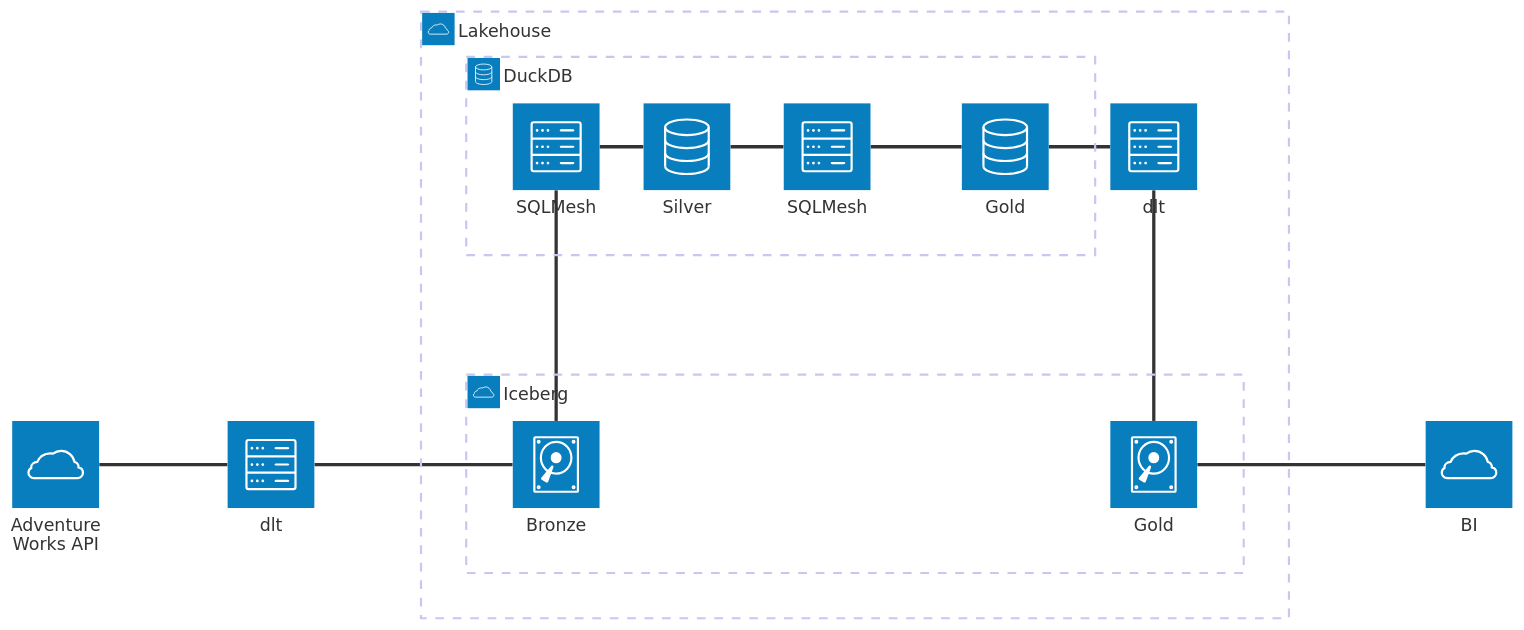
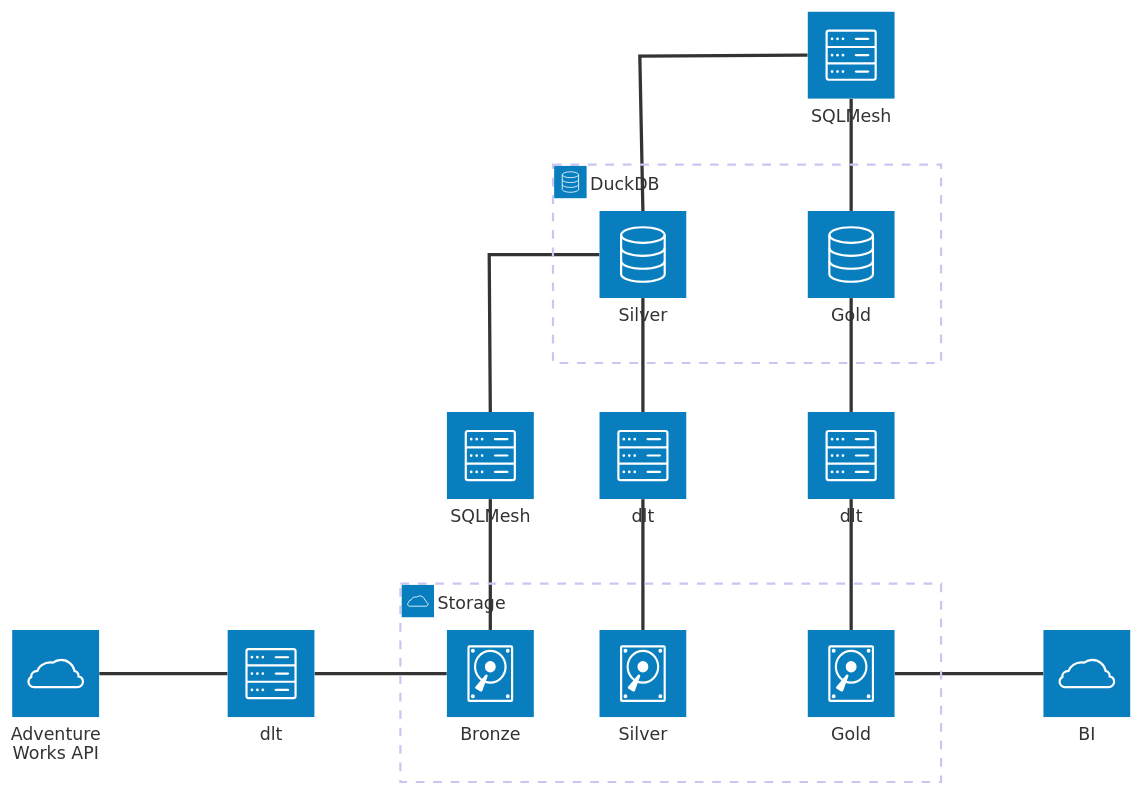
The diagram in README.md (mattiasthalen/serverless-lakehouse), drawn with Mermaid before and after one commit.

Commit message:
Redesign architecture graph

````diff
--- a/README.md
+++ b/README.md
@@ -4,30 +4,31 @@
 ```mermaid
 architecture-beta
     service api(cloud)[Adventure Works API]
     service extract(server)[dlt]
+    service load(server)[SQLMesh]
+    service transform(server)[SQLMesh]
+    service export_silver(server)[dlt]
+    service export_gold(server)[dlt]
+    service consumption(cloud)[BI]
 
-    group lakehouse(cloud)[Lakehouse]
-        group engine(database)[DuckDB] in lakehouse
-            service staging(server)[SQLMesh] in engine
-            service silver(database)[Silver] in engine
-            service transform(server)[SQLMesh] in engine
-            service gold(database)[Gold] in engine
+    group storage(cloud)[Storage]
+        service bronze(disk)[Bronze] in storage
+        service silver(disk)[Silver] in storage
+        service gold(disk)[Gold] in storage
 
-        group s3(cloud)[Iceberg] in lakehouse
-            service bronze(disk)[Bronze] in s3
-            service gold_export(disk)[Gold] in s3
-    
-        service export(server)[dlt] in lakehouse
-        
-    service consumption(cloud)[BI]
+    group engine(database)[DuckDB]
+        service silver_view(database)[Silver] in engine
+        service gold_view(database)[Gold] in engine
 
     api:R -- L:extract
     extract:R -- L:bronze
-    bronze:T -- B:staging
-    staging:R -- L:silver
-    silver:R -- L:transform
-    transform:R -- L:gold
-    gold:R -- L:export
-    export:B -- T:gold_export
-    gold_export:R -- L:consumption
+    bronze:T -- B:load
+    load:T -- L:silver_view
+    silver_view:T -- L:transform
+    transform:B -- T:gold_view
+    silver_view:B -- T:export_silver
+    export_silver:B -- T:silver
+    gold_view:B -- T:export_gold
+    export_gold:B -- T:gold
+    gold:R -- L:consumption
 ```
````
